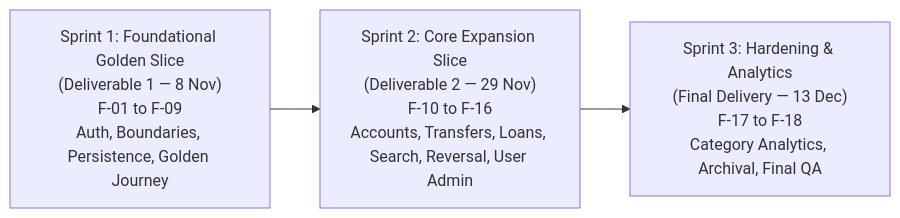
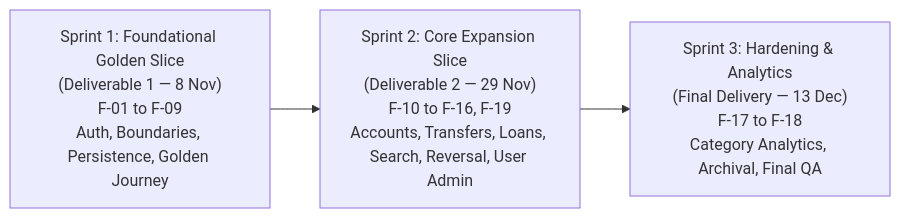
One commit to Pilaiwan3492/Whatsss-PMandELS changed the first of 2 diagrams in docs/sprints/plan.md. Above: the diagram before and after it, drawn with Mermaid. The commit also changed other lines of this file and 12 other files, not shown here.

Commit message:
docs(deliverable-1): close architecture gaps, ledger invariants, security config, and UI specs

````diff
--- a/docs/sprints/plan.md
+++ b/docs/sprints/plan.md
@@ -15,6 +15,6 @@
 ```mermaid
 flowchart LR
     S1["Sprint 1: Foundational Golden Slice\n(Deliverable 1 — 8 Nov)\nF-01 to F-09\nAuth, Boundaries, Persistence, Golden Journey"] --> 
-    S2["Sprint 2: Core Expansion Slice\n(Deliverable 2 — 29 Nov)\nF-10 to F-16\nAccounts, Transfers, Loans, Search, Reversal, User Admin"] --> 
+    S2["Sprint 2: Core Expansion Slice\n(Deliverable 2 — 29 Nov)\nF-10 to F-16, F-19\nAccounts, Transfers, Loans, Search, Reversal, User Admin"] --> 
     S3["Sprint 3: Hardening & Analytics\n(Final Delivery — 13 Dec)\nF-17 to F-18\nCategory Analytics, Archival, Final QA"]
 ```
````
